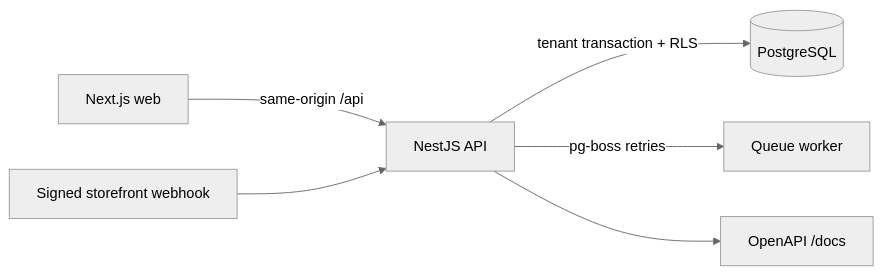
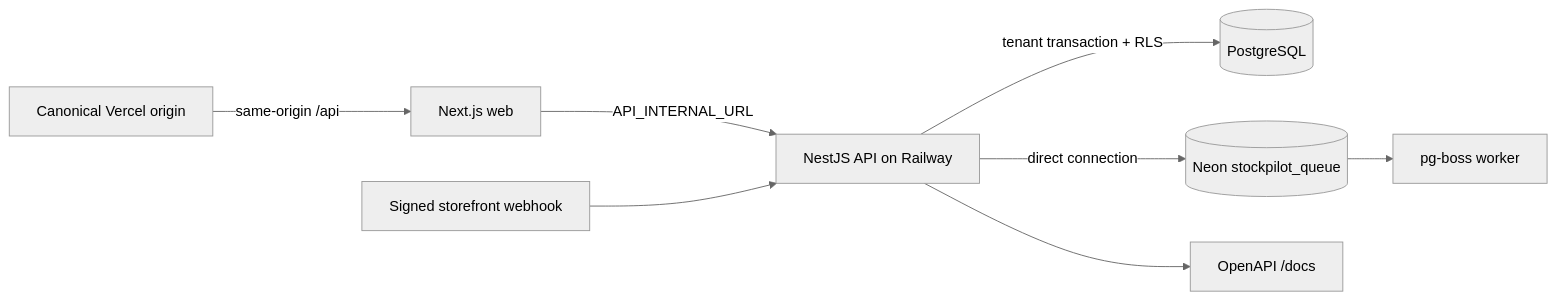
Before and after one commit to longhang2004/StockPilot: the diagram in docs/architecture.md, drawn with Mermaid (neutral theme). The commit also changed other lines of this file and 11 other files, not shown here.

````diff
--- a/docs/architecture.md
+++ b/docs/architecture.md
@@ -7,8 +7,10 @@
 ```mermaid
 flowchart LR
-  Browser[Next.js web] -->|same-origin /api| API[NestJS API]
+  Browser[Canonical Vercel origin] -->|same-origin /api| Web[Next.js web]
+  Web -->|API_INTERNAL_URL| API[NestJS API on Railway]
   Storefront[Signed storefront webhook] --> API
   API -->|tenant transaction + RLS| DB[(PostgreSQL)]
-  API -->|pg-boss retries| Jobs[Queue worker]
+  API -->|direct connection| Queue[(Neon stockpilot_queue)]
+  Queue --> Jobs[pg-boss worker]
   API --> Docs[OpenAPI /docs]
 ```
````
